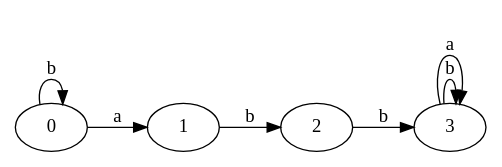
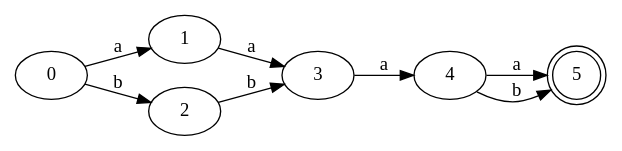
One commit to jua16073/lenguajes_proy1 changed the diagram in test-output/dfa_direct.gv. Above: the diagram before and after it, drawn with Graphviz. The commit also changed 8 other files, not shown here.

```diff
--- a/test-output/dfa_direct.gv
+++ b/test-output/dfa_direct.gv
@@ -1,13 +1,16 @@
 digraph Automata {
 	rankdir=LR
 	0 [label=0]
-	0 -> 0 [label=b]
 	0 -> 1 [label=a]
+	0 -> 2 [label=b]
 	1 [label=1]
-	1 -> 2 [label=b]
+	1 -> 3 [label=a]
 	2 [label=2]
 	2 -> 3 [label=b]
 	3 [label=3]
-	3 -> 3 [label=b]
-	3 -> 3 [label=a]
+	3 -> 4 [label=a]
+	4 [label=4]
+	4 -> 5 [label=a]
+	4 -> 5 [label=b]
+	5 [label=5 shape=doublecircle]
 }
```
